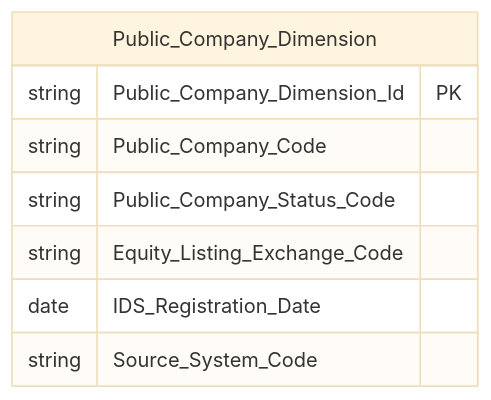
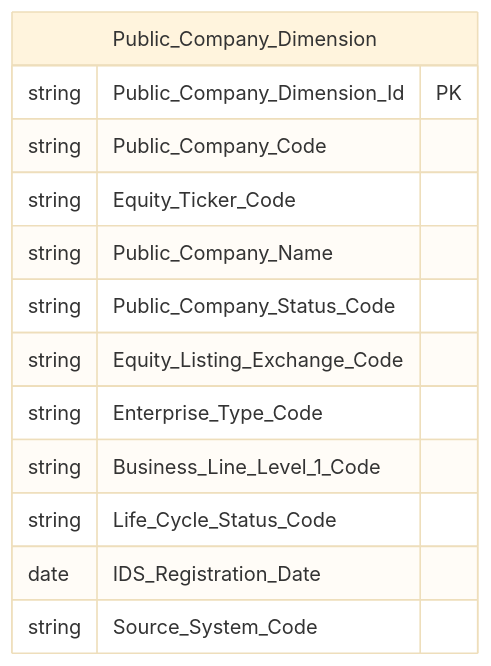
Before and after one commit to linhlvit/ubck_atomic_design: diagram 28 of 55 in Datamart/hld/DTM_GSDC_HLD.md, drawn with Mermaid (base theme). The commit also changed other lines of this file and 42 other files, not shown here.

````diff
--- a/Datamart/hld/DTM_GSDC_HLD.md
+++ b/Datamart/hld/DTM_GSDC_HLD.md
@@ -842,11 +1252,16 @@
 ```mermaid
 erDiagram
     Public_Company_Dimension {
         string Public_Company_Dimension_Id PK
         string Public_Company_Code
+        string Equity_Ticker_Code
+        string Public_Company_Name
         string Public_Company_Status_Code
         string Equity_Listing_Exchange_Code
+        string Enterprise_Type_Code
+        string Business_Line_Level_1_Code
+        string Life_Cycle_Status_Code
         date IDS_Registration_Date
         string Source_System_Code
     }
 ```
````
